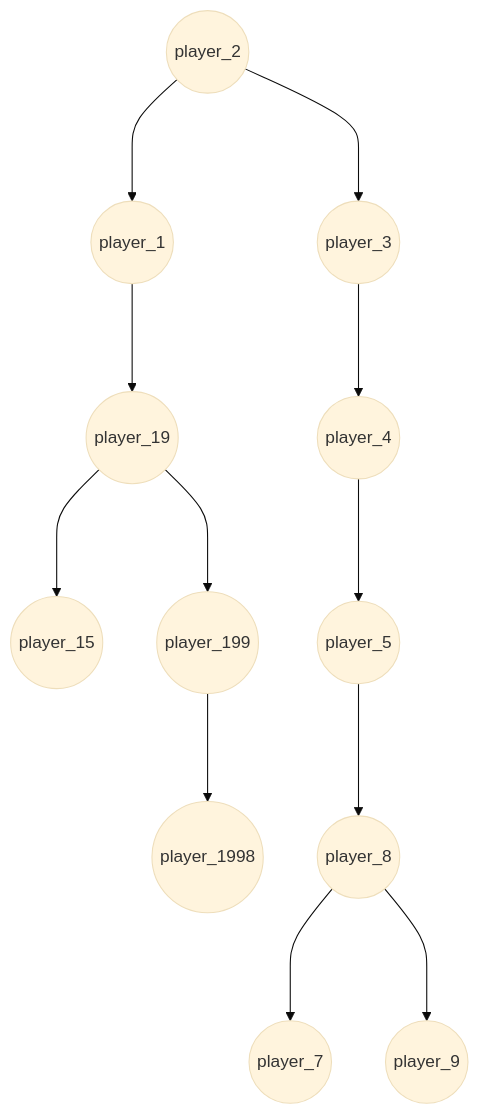
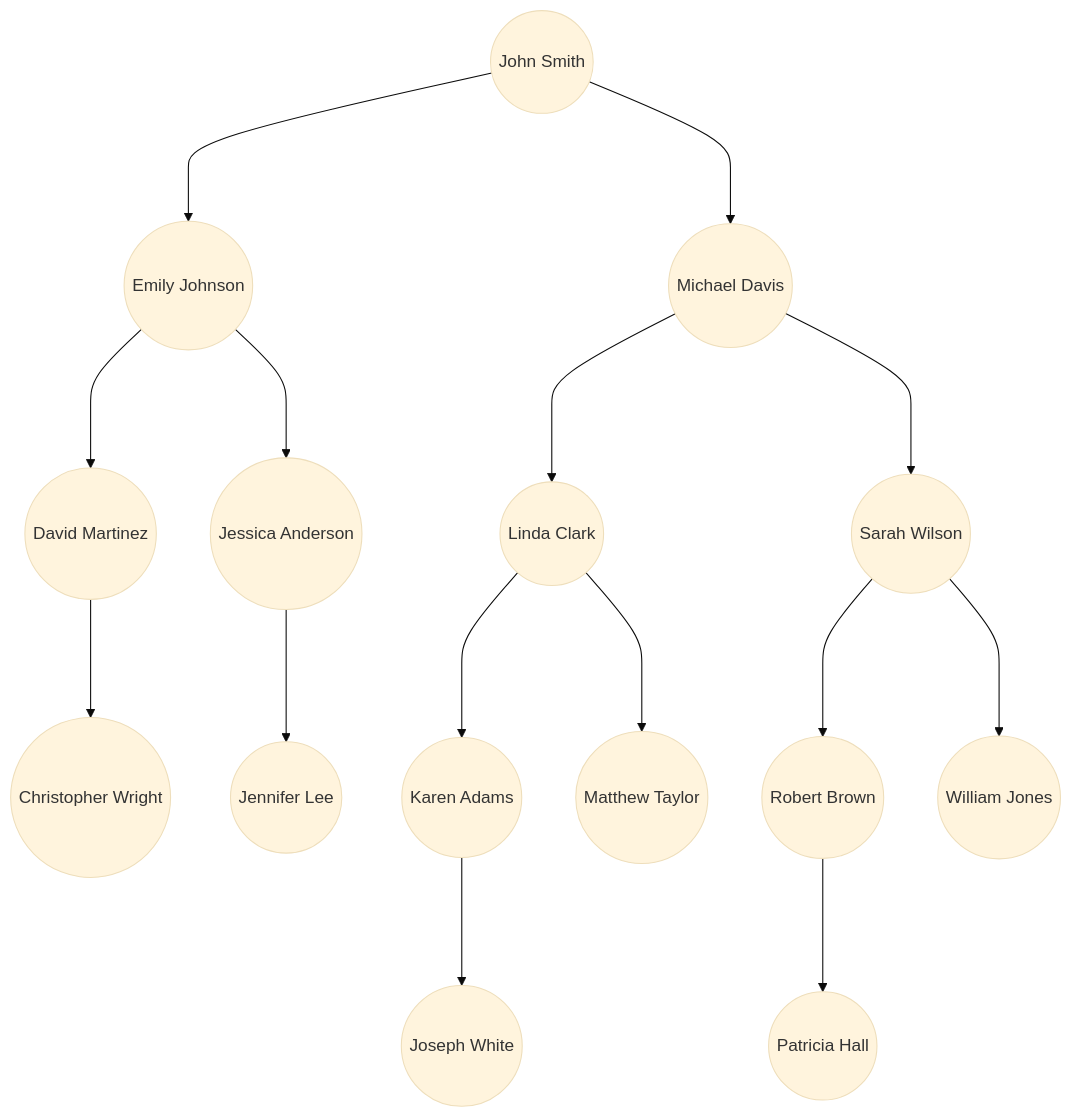
The diagram in node_graphs/node_graph_EXAMPLE.md (Com3nd/AP-SRUS-MS-Games), drawn with Mermaid (base theme) before and after one commit.

Commit message:
Fixed the balance tree method in PlayerBST

````diff
--- a/node_graphs/node_graph_EXAMPLE.md
+++ b/node_graphs/node_graph_EXAMPLE.md
@@ -1,27 +1,32 @@
 ```mermaid
-
 graph 
-player_1(("player_1"))
-player_15(("player_15"))
-player_19(("player_19"))
-player_199(("player_199"))
-player_1998(("player_1998"))
-player_2(("player_2"))
-player_3(("player_3"))
-player_4(("player_4"))
-player_5(("player_5"))
-player_7(("player_7"))
-player_8(("player_8"))
-player_9(("player_9"))
-player_2 ---> player_1
-player_1 ---> player_19
-player_19 ---> player_15
-player_19 ---> player_199
-player_199 ---> player_1998
-player_2 ---> player_3
-player_3 ---> player_4
-player_4 ---> player_5
-player_5 ---> player_8
-player_8 ---> player_7
-player_8 ---> player_9
+christopher_wright(("Christopher Wright"))
+david_martinez(("David Martinez"))
+emily_johnson(("Emily Johnson"))
+jennifer_lee(("Jennifer Lee"))
+jessica_anderson(("Jessica Anderson"))
+john_smith(("John Smith"))
+joseph_white(("Joseph White"))
+karen_adams(("Karen Adams"))
+linda_clark(("Linda Clark"))
+matthew_taylor(("Matthew Taylor"))
+michael_davis(("Michael Davis"))
+patricia_hall(("Patricia Hall"))
+robert_brown(("Robert Brown"))
+sarah_wilson(("Sarah Wilson"))
+william_jones(("William Jones"))
+john_smith ---> emily_johnson
+emily_johnson ---> david_martinez
+david_martinez ---> christopher_wright
+emily_johnson ---> jessica_anderson
+jessica_anderson ---> jennifer_lee
+john_smith ---> michael_davis
+michael_davis ---> linda_clark
+linda_clark ---> karen_adams
+karen_adams ---> joseph_white
+linda_clark ---> matthew_taylor
+michael_davis ---> sarah_wilson
+sarah_wilson ---> robert_brown
+robert_brown ---> patricia_hall
+sarah_wilson ---> william_jones
 ```
````
